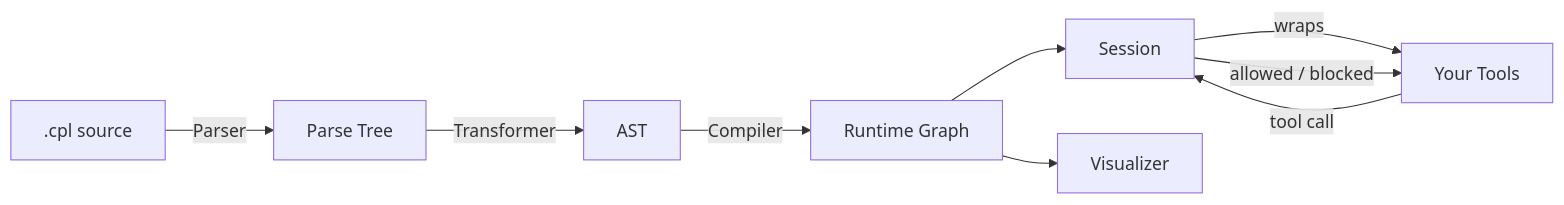
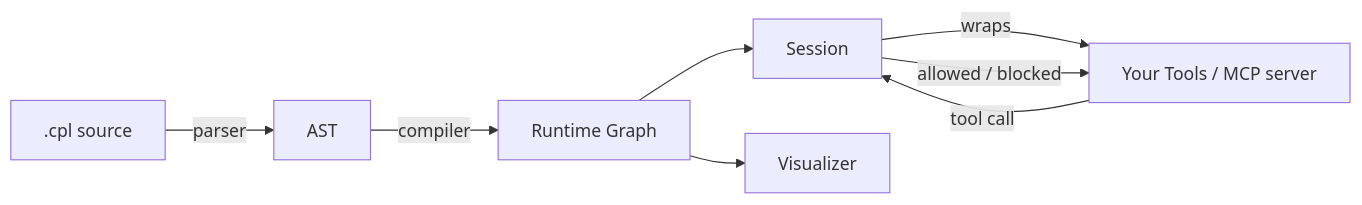
One commit to kavishsathia/complier changed the diagram in README.md. Above: the diagram before and after it, drawn with Mermaid. The commit also changed other lines of this file and 1 other file, not shown here.

````diff
--- a/README.md
+++ b/README.md
@@ -100,11 +122,10 @@
 ```mermaid
 graph LR
-    A[".cpl source"] -->|Parser| B["Parse Tree"]
-    B -->|Transformer| C["AST"]
-    C -->|Compiler| D["Runtime Graph"]
-    D --> E["Session"]
-    D --> F["Visualizer"]
-    E -->|wraps| G["Your Tools"]
-    G -->|tool call| E
-    E -->|allowed / blocked| G
+    A[".cpl source"] -->|parser| B["AST"]
+    B -->|compiler| C["Runtime Graph"]
+    C --> D["Session"]
+    C --> E["Visualizer"]
+    D -->|wraps| F["Your Tools / MCP server"]
+    F -->|tool call| D
+    D -->|allowed / blocked| F
 ```
````
